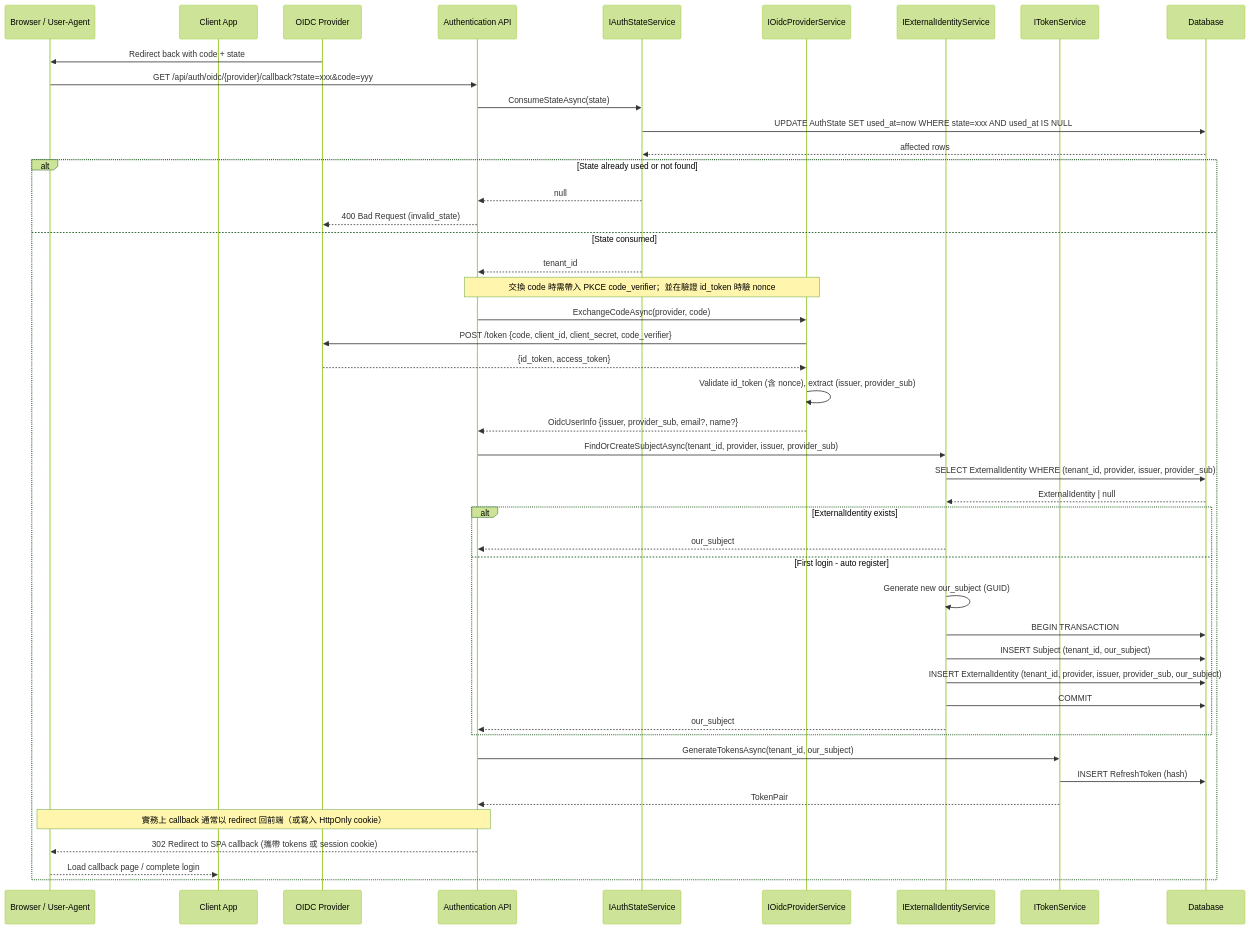
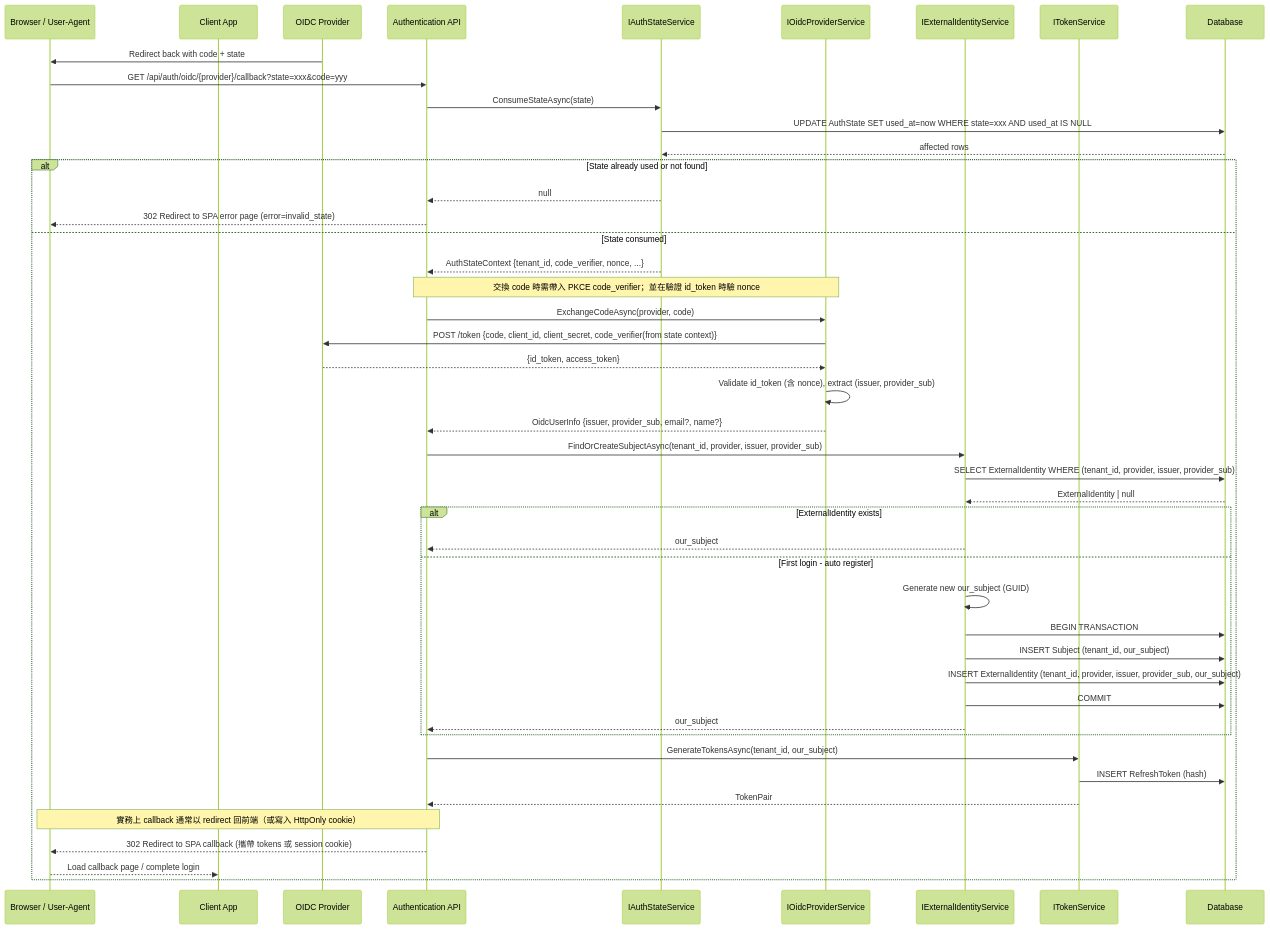
One commit to Bird73/Service changed the fourth of 12 diagrams in docs/SequenceDiagrams.md. Above: the diagram before and after it, drawn with Mermaid (forest theme). The commit also changed other lines of this file and 4 other files, not shown here.

Commit message:
Fix OIDC error redirects, add AuthStateContext, and refine refresh revocation branches

````diff
--- a/docs/SequenceDiagrams.md
+++ b/docs/SequenceDiagrams.md
@@ -107,53 +108,53 @@
 ```mermaid
 sequenceDiagram
     participant B as Browser / User-Agent
     participant SPA as Client App
     participant P as OIDC Provider
     participant API as Authentication API
     participant SS as IAuthStateService
     participant PS as IOidcProviderService
     participant ES as IExternalIdentityService
     participant TS as ITokenService
     participant DB as Database
 
     P->>B: Redirect back with code + state
     B->>API: GET /api/auth/oidc/{provider}/callback?state=xxx&code=yyy
     API->>SS: ConsumeStateAsync(state)
     SS->>DB: UPDATE AuthState SET used_at=now WHERE state=xxx AND used_at IS NULL
     DB-->>SS: affected rows
 
     alt State already used or not found
         SS-->>API: null
-        API-->>P: 400 Bad Request (invalid_state)
+        API-->>B: 302 Redirect to SPA error page (error=invalid_state)
     else State consumed
-        SS-->>API: tenant_id
+        SS-->>API: AuthStateContext {tenant_id, code_verifier, nonce, ...}
         note over API,PS: 交換 code 時需帶入 PKCE code_verifier；並在驗證 id_token 時驗 nonce
         API->>PS: ExchangeCodeAsync(provider, code)
-        PS->>P: POST /token {code, client_id, client_secret, code_verifier}
+        PS->>P: POST /token {code, client_id, client_secret, code_verifier(from state context)}
         P-->>PS: {id_token, access_token}
         PS->>PS: Validate id_token (含 nonce), extract (issuer, provider_sub)
         PS-->>API: OidcUserInfo {issuer, provider_sub, email?, name?}
 
         API->>ES: FindOrCreateSubjectAsync(tenant_id, provider, issuer, provider_sub)
         ES->>DB: SELECT ExternalIdentity WHERE (tenant_id, provider, issuer, provider_sub)
         DB-->>ES: ExternalIdentity | null
 
         alt ExternalIdentity exists
             ES-->>API: our_subject
         else First login - auto register
             ES->>ES: Generate new our_subject (GUID)
             ES->>DB: BEGIN TRANSACTION
             ES->>DB: INSERT Subject (tenant_id, our_subject)
             ES->>DB: INSERT ExternalIdentity (tenant_id, provider, issuer, provider_sub, our_subject)
             ES->>DB: COMMIT
             ES-->>API: our_subject
         end
 
         API->>TS: GenerateTokensAsync(tenant_id, our_subject)
         TS->>DB: INSERT RefreshToken (hash)
         TS-->>API: TokenPair
         note over API,B: 實務上 callback 通常以 redirect 回前端（或寫入 HttpOnly cookie）
         API-->>B: 302 Redirect to SPA callback (攜帶 tokens 或 session cookie)
         B-->>SPA: Load callback page / complete login
     end
 ```
````
